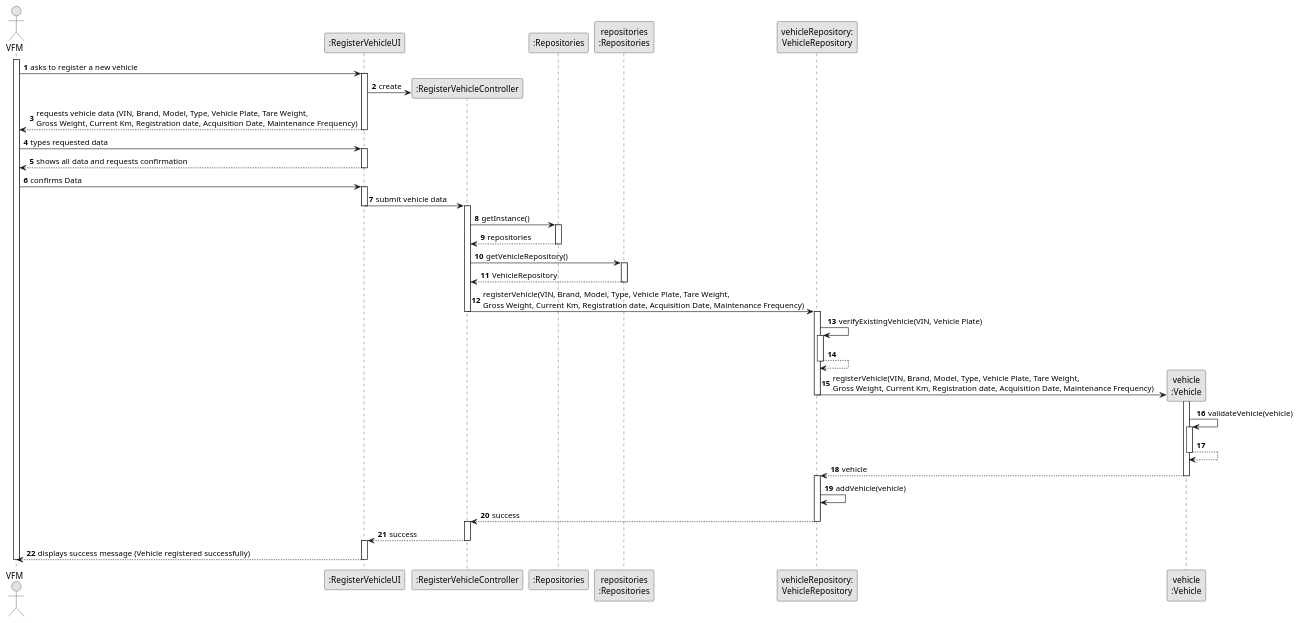
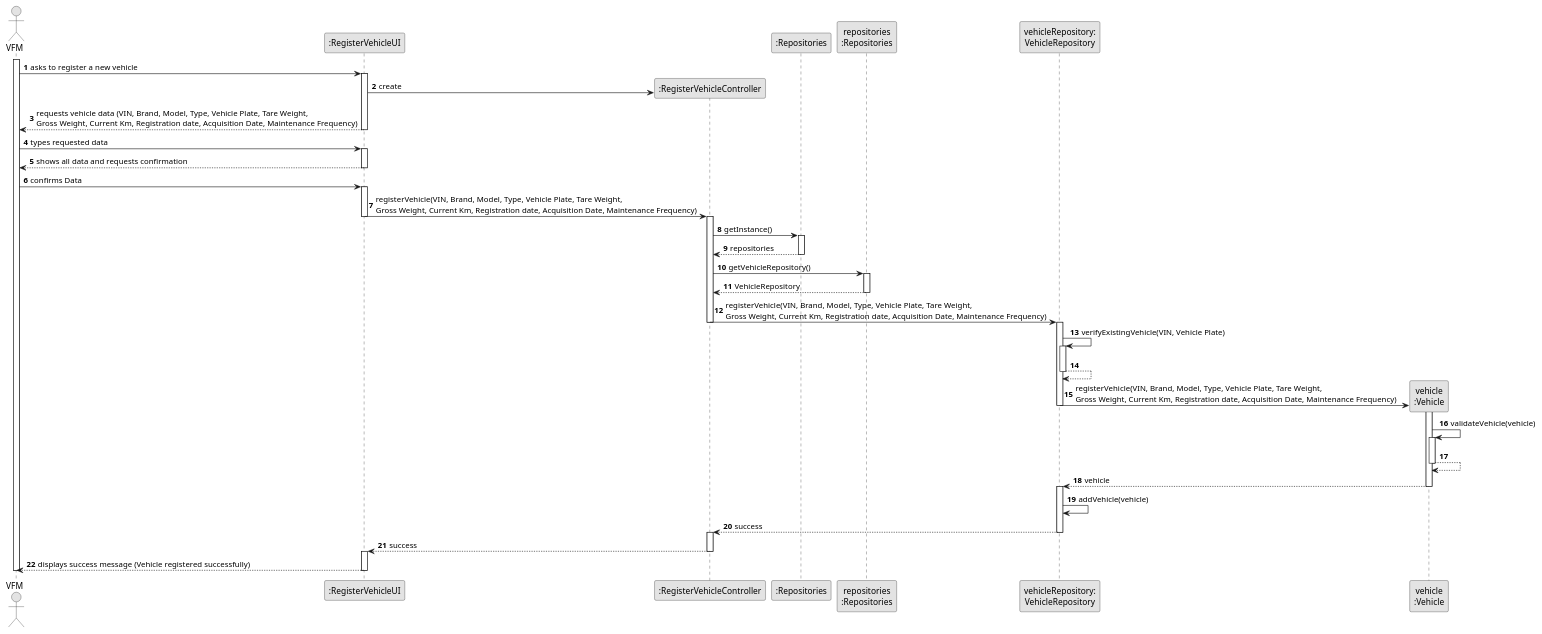
The diagram in docs/sprintC/us006/03.design/puml/us006-sequence-diagram-full.puml (ricardomm7/leaflink), drawn with PlantUML before and after one commit. The commit also changed 9 other files, not shown here.

```diff
--- a/docs/sprintC/us006/03.design/puml/us006-sequence-diagram-full.puml
+++ b/docs/sprintC/us006/03.design/puml/us006-sequence-diagram-full.puml
@@ -2,98 +2,98 @@
 @startuml
 skinparam monochrome true
 skinparam packageStyle rectangle
 skinparam shadowing false
 
 
 autonumber
 
 actor "VFM" as VFM
 participant ":RegisterVehicleUI" as UI
 participant ":RegisterVehicleController" as CTRL
 participant ":Repositories" as RepositorySingleton
 participant "repositories\n:Repositories" as PLAT
 participant "vehicleRepository:\nVehicleRepository" as VehicleRepository
 participant "vehicle\n:Vehicle" as VEI
 
 activate VFM
 
     VFM -> UI : asks to register a new vehicle
     activate UI
 
         UI -> CTRL** : create
 
         UI --> VFM : requests vehicle data (VIN, Brand, Model, Type, Vehicle Plate, Tare Weight, \nGross Weight, Current Km, Registration date, Acquisition Date, Maintenance Frequency)
         deactivate UI
 
     VFM -> UI : types requested data
     activate UI
 
     UI --> VFM : shows all data and requests confirmation
     deactivate UI
 
     VFM -> UI: confirms Data
     activate UI
 
-        UI -> CTRL : submit vehicle data
+        UI -> CTRL : registerVehicle(VIN, Brand, Model, Type, Vehicle Plate, Tare Weight, \nGross Weight, Current Km, Registration date, Acquisition Date, Maintenance Frequency)
         deactivate UI
         activate CTRL
 
             CTRL -> RepositorySingleton: getInstance()
             activate RepositorySingleton
 
             RepositorySingleton --> CTRL: repositories
             deactivate RepositorySingleton
 
             CTRL -> PLAT: getVehicleRepository()
             activate PLAT
 
             PLAT --> CTRL: VehicleRepository
             deactivate PLAT
 
         CTRL -> VehicleRepository : registerVehicle(VIN, Brand, Model, Type, Vehicle Plate, Tare Weight, \nGross Weight, Current Km, Registration date, Acquisition Date, Maintenance Frequency)
         deactivate CTRL
 
             activate VehicleRepository
 
         VehicleRepository -> VehicleRepository: verifyExistingVehicle(VIN, Vehicle Plate)
                                 activate VehicleRepository
 
                                 VehicleRepository --> VehicleRepository
                                 deactivate VehicleRepository
 
 
             VehicleRepository -> VEI **: registerVehicle(VIN, Brand, Model, Type, Vehicle Plate, Tare Weight, \nGross Weight, Current Km, Registration date, Acquisition Date, Maintenance Frequency)
         deactivate VehicleRepository
             activate VEI
 
 
             VEI -> VEI: validateVehicle(vehicle)
             activate VEI
 
             VEI --> VEI
             deactivate VEI
 
             VEI --> VehicleRepository: vehicle
             deactivate VEI
             activate VehicleRepository
 
 
 
                         VehicleRepository -> VehicleRepository: addVehicle(vehicle)
 
 
             VehicleRepository --> CTRL: success
             deactivate VehicleRepository
             activate CTRL
 
 
             CTRL --> UI : success
             deactivate CTRL
             activate UI
 
     UI --> VFM : displays success message (Vehicle registered successfully)
     deactivate UI
 
 deactivate VFM
 
 @enduml
```
